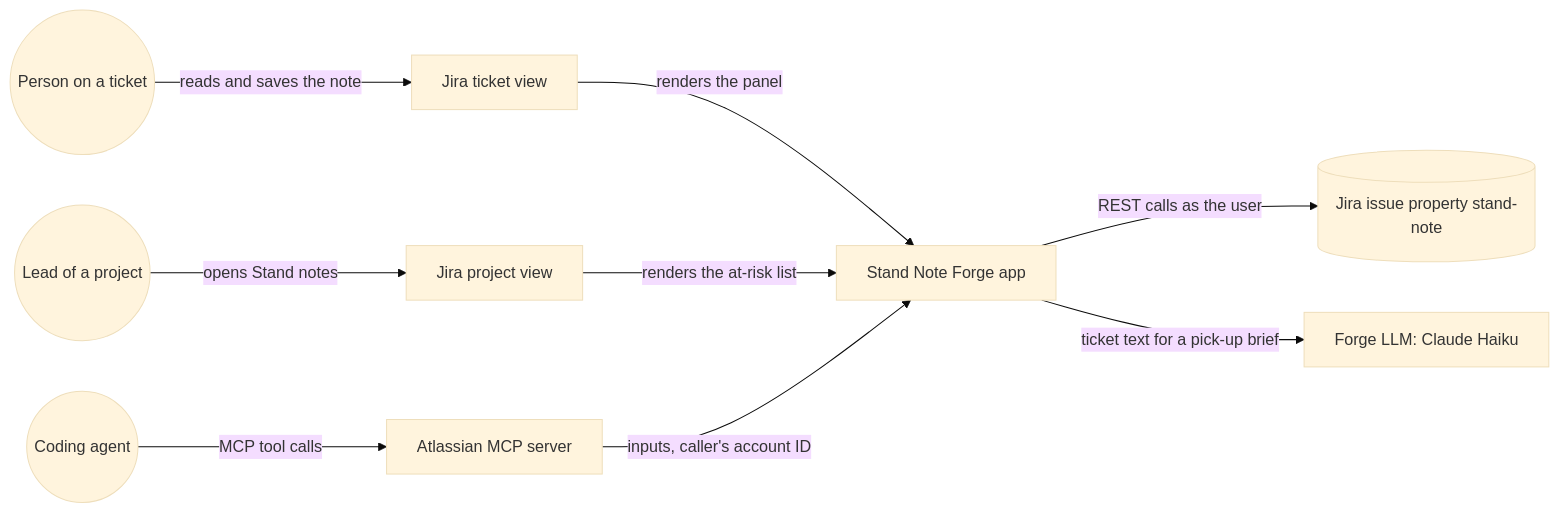
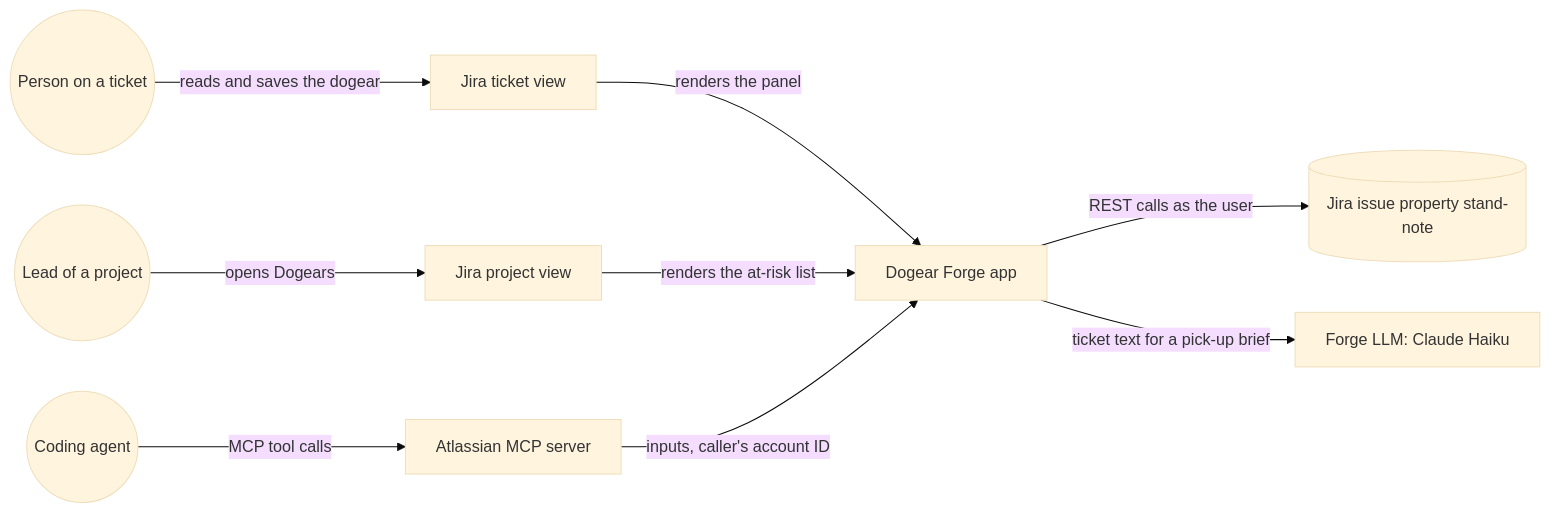
Before and after one commit to dzaffren/dogear: the first of 2 diagrams in docs/ARCHITECTURE.md, drawn with Mermaid (base theme). The commit also changed other lines of this file and 97 other files, not shown here.

First line of the commit message:
feat(app)!: name the app and its note Dogear (#5)

````diff
--- a/docs/ARCHITECTURE.md
+++ b/docs/ARCHITECTURE.md
@@ -7,11 +7,11 @@
 ```mermaid
 flowchart LR
-    U((Person on a ticket)) -- "reads and saves the note" --> J[Jira ticket view]
-    J -- "renders the panel" --> A[Stand Note Forge app]
-    L((Lead of a project)) -- "opens Stand notes" --> PP[Jira project view]
+    U((Person on a ticket)) -- "reads and saves the dogear" --> J[Jira ticket view]
+    J -- "renders the panel" --> A[Dogear Forge app]
+    L((Lead of a project)) -- "opens Dogears" --> PP[Jira project view]
     PP -- "renders the at-risk list" --> A
     G((Coding agent)) -- "MCP tool calls" --> M[Atlassian MCP server]
     M -- "inputs, caller's account ID" --> A
     A -- "REST calls as the user" --> P[(Jira issue property stand-note)]
     A -- "ticket text for a pick-up brief" --> LLM[Forge LLM: Claude Haiku]
 ```
````
